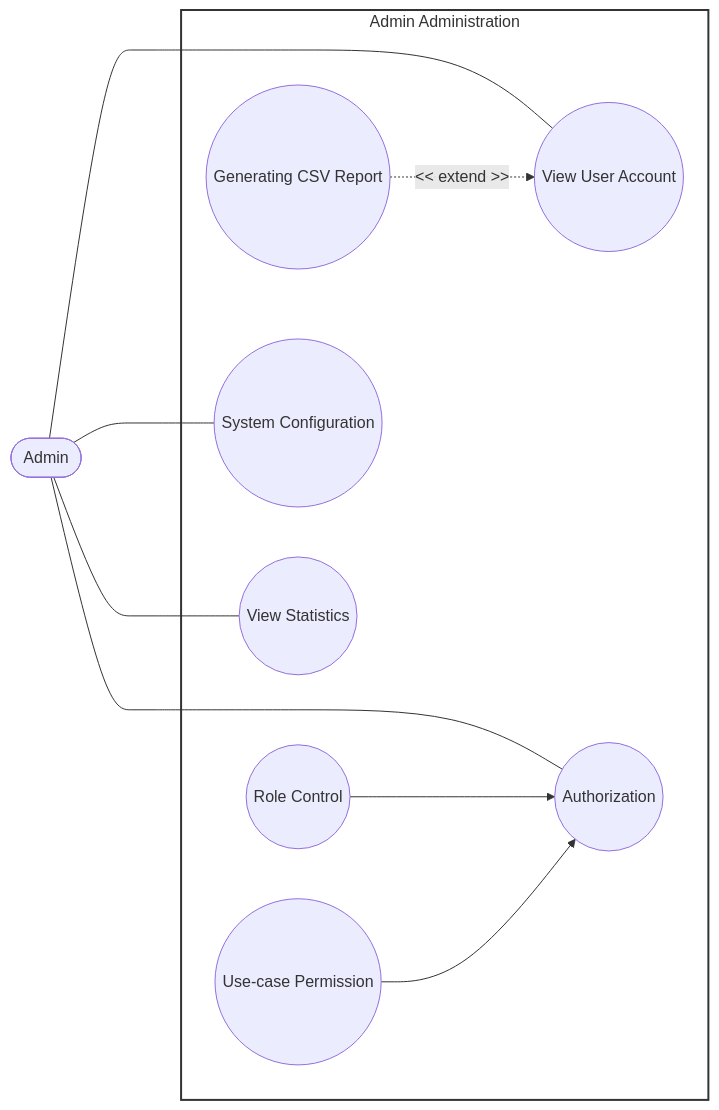
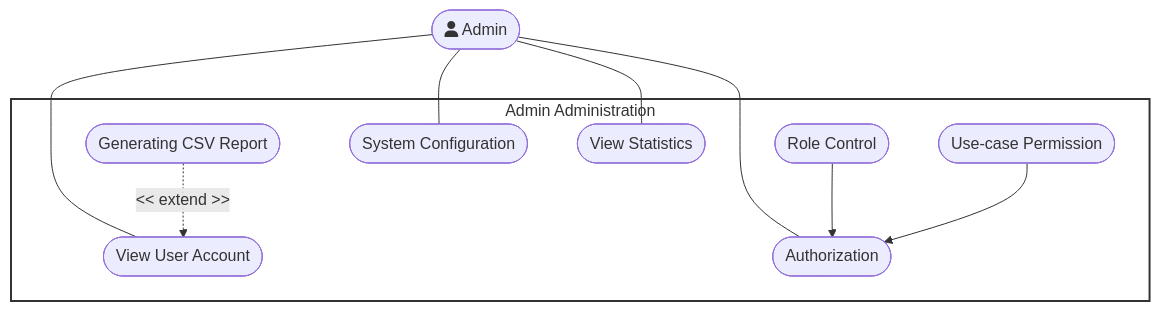
The ninth of 9 diagrams in docs/management/PA3/Use-CaseSpecification.md (DuyNhat1705/AmeThyst-Library), drawn with Mermaid before and after one commit. The commit also changed other lines of this file, not shown here.

Commit message:
Update use case specification.

````diff
--- a/docs/management/PA3/Use-CaseSpecification.md
+++ b/docs/management/PA3/Use-CaseSpecification.md
@@ -4780,19 +4776,19 @@
 ```mermaid
-flowchart LR
+flowchart TD
  subgraph AdminAdministration["Admin Administration"]
-        UC1(("View User Account"))
-        UC2(("Generating CSV Report"))
-        UC3(("Authorization"))
-        UC4(("Role Control"))
-        UC5(("Use-case Permission"))
-        UC6(("System Configuration"))
-        UC7(("View Statistics"))
+        UC1(["View User Account"])
+        UC2(["Generating CSV Report"])
+        UC3(["Authorization"])
+        UC4(["Role Control"])
+        UC5(["Use-case Permission"])
+        UC6(["System Configuration"])
+        UC7(["View Statistics"])
   end
-    Admin(["Admin"]) ~~~~~ AdminAdministration
+    Admin(["fa:fa-user Admin"]) ~~~~ AdminAdministration
     Admin --- UC1 & UC3 & UC6 & UC7
     UC2 -. &lt;&lt; extend &gt;&gt; .-> UC1
     UC4 --> UC3
     UC5 --> UC3
 
     style AdminAdministration fill:#fff,stroke:#333,stroke-width:2px
 ```
````
